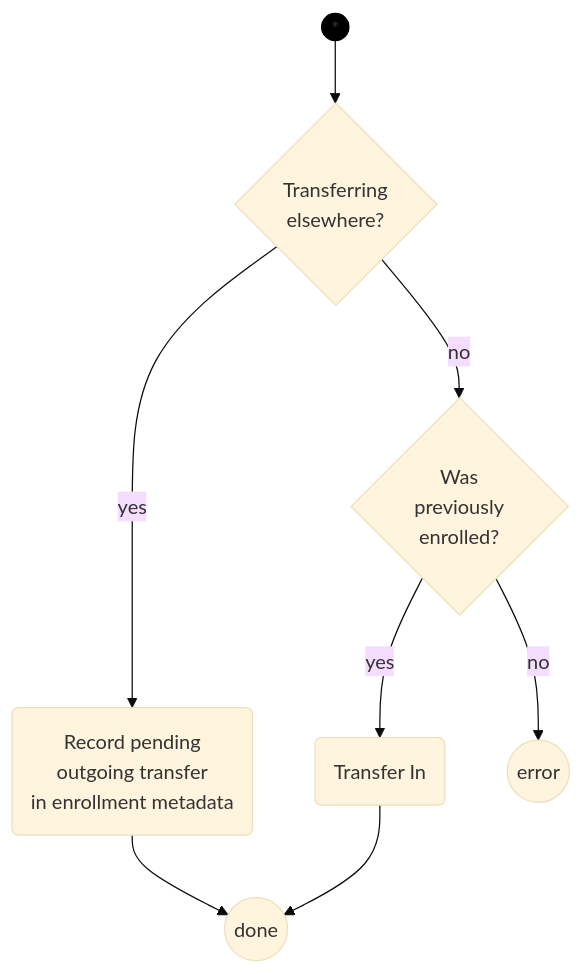
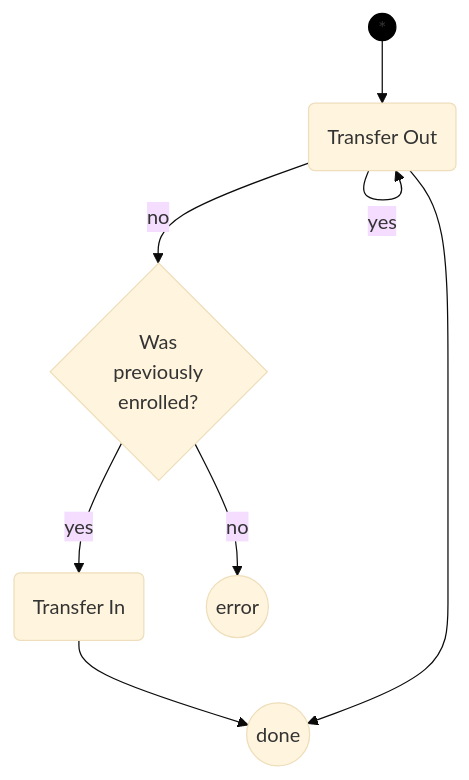
Before and after one commit to naccdata/nacc-flywheel: the fourth of 6 diagrams in docs/identifier_provisioning/index.md, drawn with Mermaid (base theme). The commit also changed other lines of this file, not shown here.

````diff
--- a/docs/identifier_provisioning/index.md
+++ b/docs/identifier_provisioning/index.md
@@ -74,9 +74,9 @@
 ```mermaid
 graph TB
     start((*)) --> transferout{Transferring\n elsewhere?}
-    transferout -- yes --> logtransfer(Record pending\n outgoing transfer\n in enrollment metadata) --> stop((done))
+    transferout -- yes --> transferout(Transfer Out) --> stop((done))
     transferout -- no --> prevenrolled{Was\n previously\n enrolled?}
     prevenrolled -- yes --> transferin(Transfer In)  --> stop((done))
     prevenrolled -- no --> whattransfer((error)) 
 style start fill:#000, stroke:#000
 ```
````
